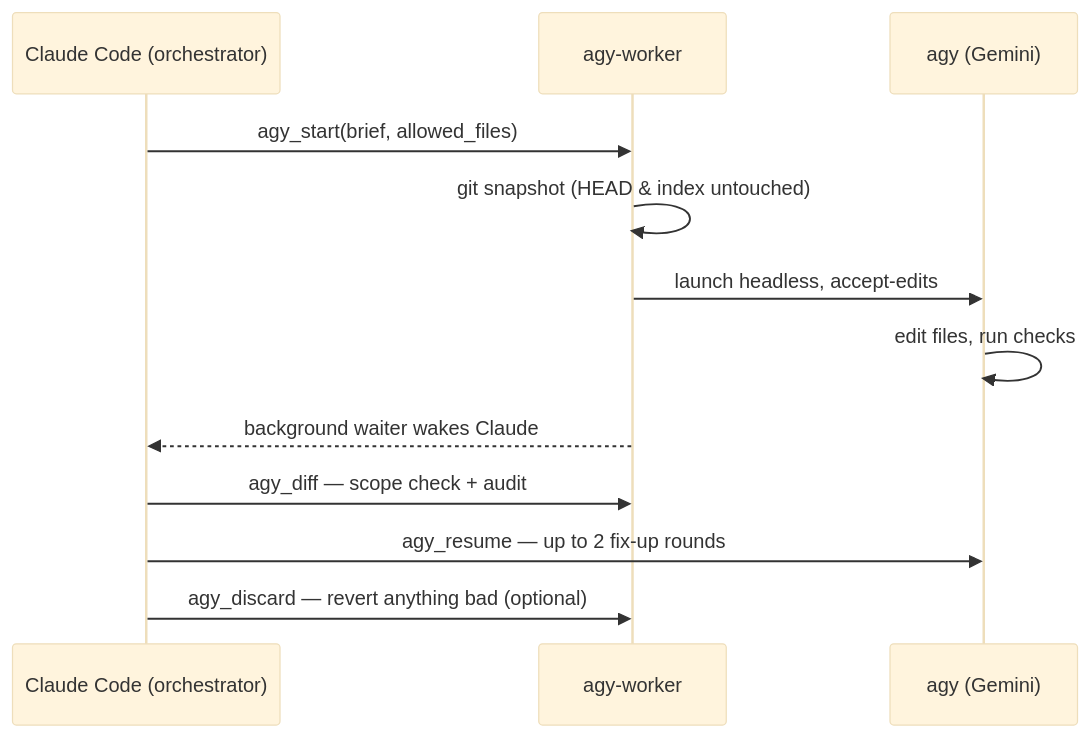
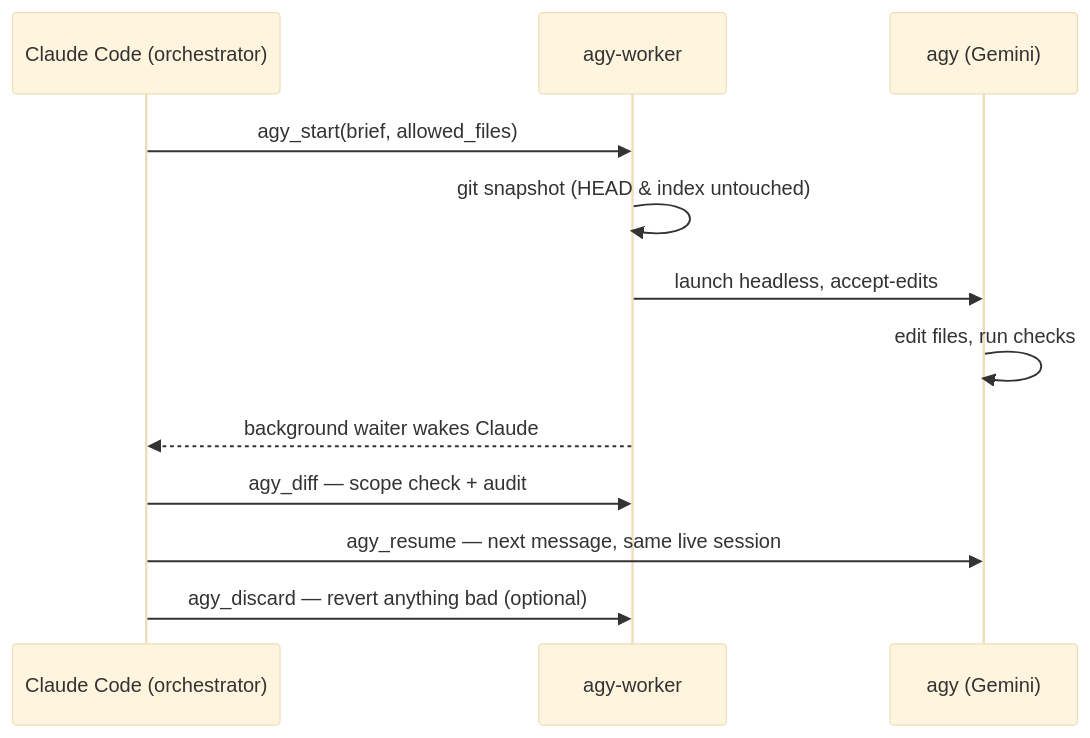
One commit to Pranavraut033/claude-code-agy-worker changed the diagram in README.md. Above: the diagram before and after it, drawn with Mermaid (base theme). The commit also changed other lines of this file and 5 other files, not shown here.

Commit message:
feat: live agy sessions (v0.2.0) — jobs stay running, agy_resume sends the next message without a cold start, a denial ends only the turn and resume restarts on the same conversation with new rules; agy_close; server-side timeout; fix per-round result/denials after resume

````diff
--- a/README.md
+++ b/README.md
@@ -19,14 +19,14 @@
 ```mermaid
 sequenceDiagram
     participant Claude as Claude Code (orchestrator)
     participant W as agy-worker
     participant A as agy (Gemini)
     Claude->>W: agy_start(brief, allowed_files)
     W->>W: git snapshot (HEAD & index untouched)
     W->>A: launch headless, accept-edits
     A->>A: edit files, run checks
     W-->>Claude: background waiter wakes Claude
     Claude->>W: agy_diff — scope check + audit
-    Claude->>A: agy_resume — up to 2 fix-up rounds
+    Claude->>A: agy_resume — next message, same live session
     Claude->>W: agy_discard — revert anything bad (optional)
 ```
````
